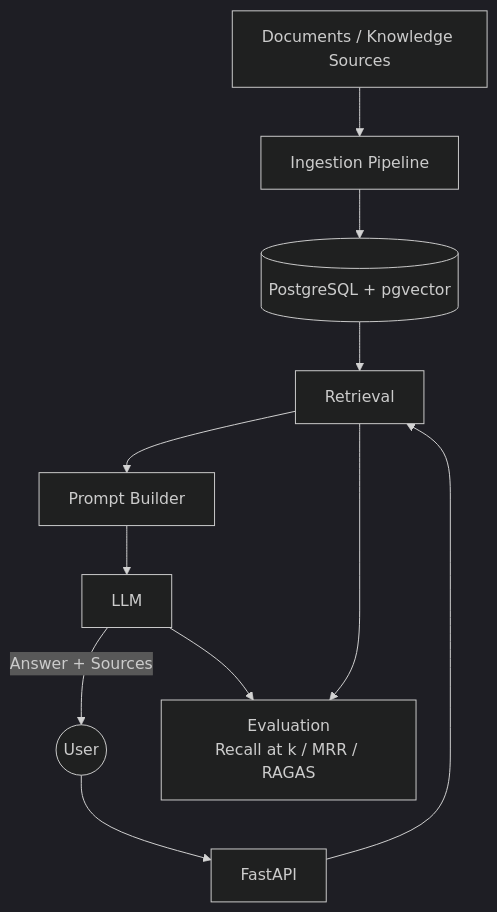
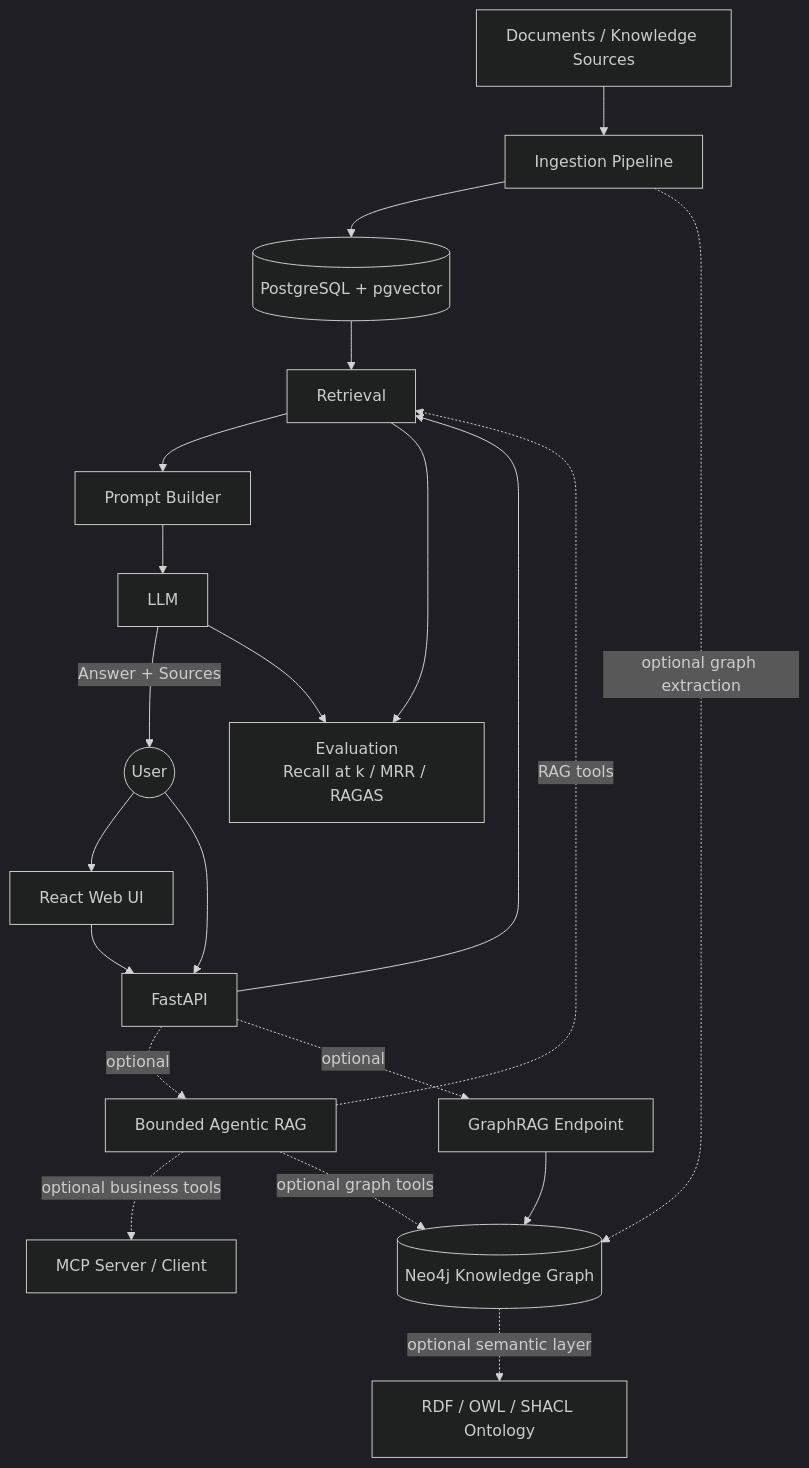
Before and after one commit to ajits-github/local-rag-system: the diagram in README.md, drawn with Mermaid (dark theme). The commit also changed other lines of this file and 1 other file, not shown here.

First line of the commit message:
docs: document the ontology milestone in README and SECURITY, and tighten README's intro

````diff
--- a/README.md
+++ b/README.md
@@ -120,15 +77,26 @@
 ```mermaid
 flowchart TD
     Docs["Documents / Knowledge Sources"] --> Ingestion["Ingestion Pipeline"]
     Ingestion --> DB[("PostgreSQL + pgvector")]
+    Ingestion -. optional graph extraction .-> KG[("Neo4j Knowledge Graph")]
+    KG -. optional semantic layer .-> Ontology["RDF / OWL / SHACL Ontology"]
 
-    User(("User")) --> API["FastAPI"]
+    User(("User")) --> UI["React Web UI"]
+    User --> API["FastAPI"]
+    UI --> API
     API --> Retrieval["Retrieval"]
     DB --> Retrieval
     Retrieval --> Prompt["Prompt Builder"]
     Prompt --> LLM["LLM"]
     LLM -->|"Answer + Sources"| User
 
+    API -. optional .-> Agent["Bounded Agentic RAG"]
+    Agent -. RAG tools .-> Retrieval
+    Agent -. optional business tools .-> MCP["MCP Server / Client"]
+    Agent -. optional graph tools .-> KG
+    API -. optional .-> GraphQuery["GraphRAG Endpoint"]
+    GraphQuery --> KG
+
     Retrieval --> Evaluation
     LLM --> Evaluation["Evaluation<br/>Recall at k / MRR / RAGAS"]
 ```
````
